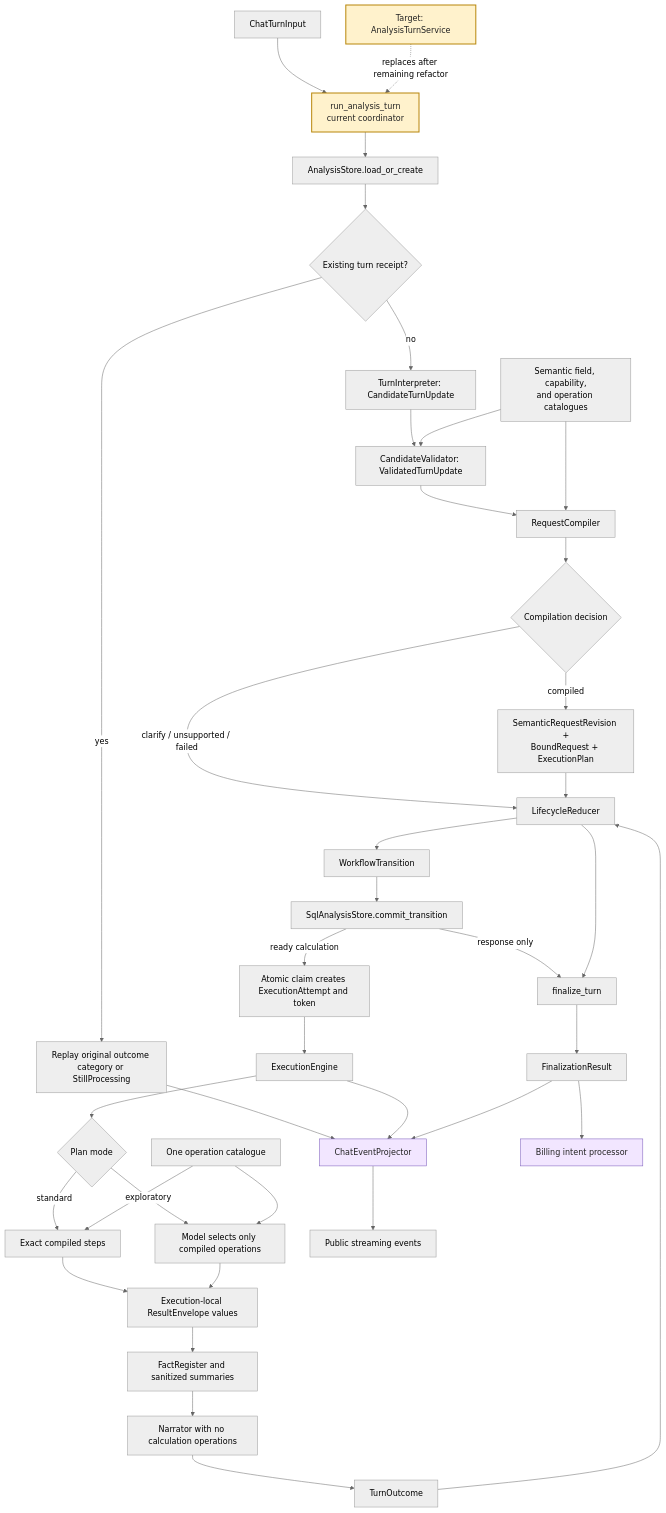
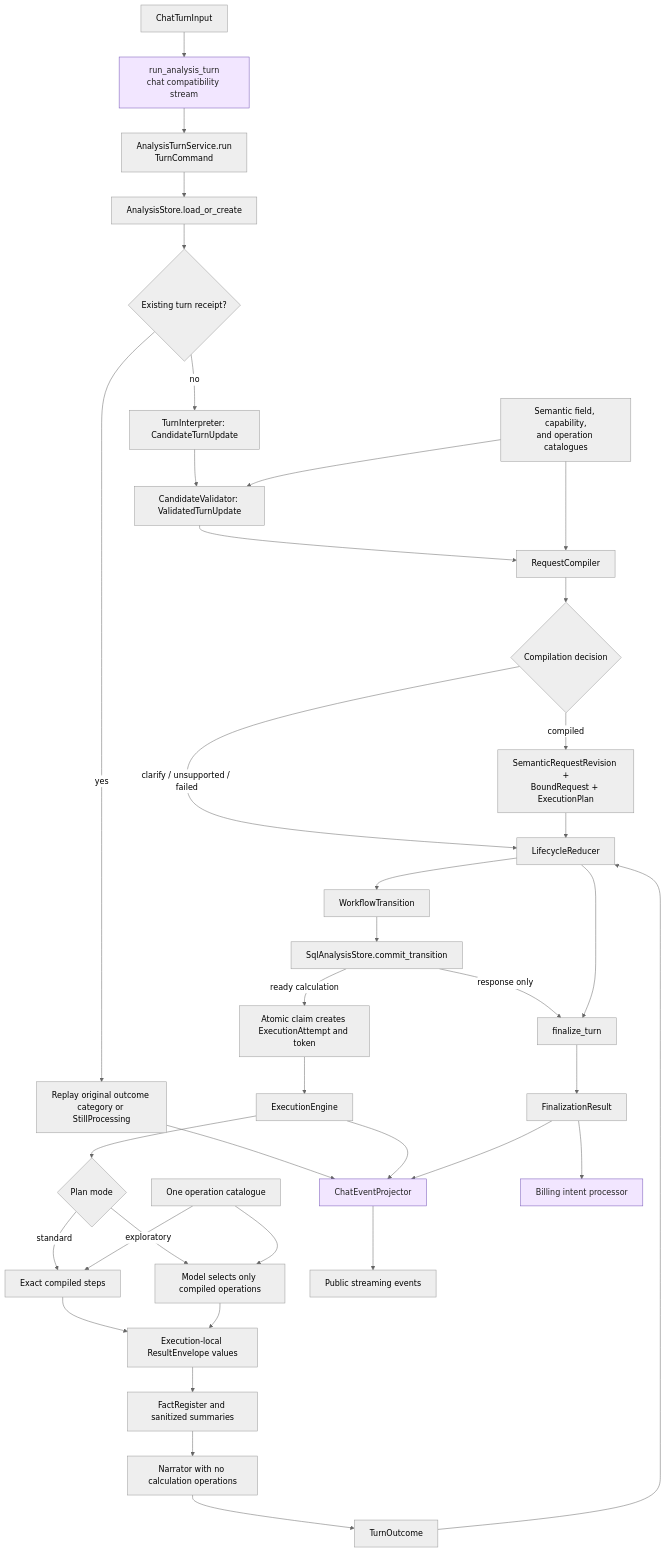
Before and after one commit to PolicyEngine/policyengine-uk-chat: the diagram in docs/engineering/skills/uk-chat-runtime.md, drawn with Mermaid (neutral theme). The commit also changed other lines of this file and 56 other files, not shown here.

````diff
--- a/docs/engineering/skills/uk-chat-runtime.md
+++ b/docs/engineering/skills/uk-chat-runtime.md
@@ -73,45 +70,43 @@
 ```mermaid
 flowchart TB
-    classDef transitional fill:#fff2cc,stroke:#b8860b,color:#222,stroke-width:2px
     classDef adapter fill:#f2e6ff,stroke:#7455b8,color:#222
 
-    Request["ChatTurnInput"] --> Coordinator["run_analysis_turn<br/>current coordinator"]:::transitional
-    Coordinator --> Load["AnalysisStore.load_or_create"]
+    Request["ChatTurnInput"] --> Adapter["run_analysis_turn<br/>chat compatibility stream"]:::adapter
+    Adapter --> Service["AnalysisTurnService.run<br/>TurnCommand"]
+    Service --> Load["AnalysisStore.load_or_create"]
     Load --> Receipt{"Existing turn receipt?"}
     Receipt -->|yes| Replay["Replay original outcome category or StillProcessing"]
     Receipt -->|no| Interpret["TurnInterpreter: CandidateTurnUpdate"]
     Interpret --> Validate["CandidateValidator: ValidatedTurnUpdate"]
     Validate --> RequestCompiler["RequestCompiler"]
     Registry["Semantic field, capability,<br/>and operation catalogues"] --> Validate
     Registry --> RequestCompiler
     RequestCompiler --> Decision{"Compilation decision"}
     Decision -->|clarify / unsupported / failed| Lifecycle["LifecycleReducer"]
     Decision -->|compiled| Plan["SemanticRequestRevision +<br/>BoundRequest + ExecutionPlan"]
     Plan --> Lifecycle
     Lifecycle --> Transition["WorkflowTransition"]
     Transition --> Commit["SqlAnalysisStore.commit_transition"]
     Commit -->|response only| Finalize["finalize_turn"]
     Commit -->|ready calculation| Claim["Atomic claim creates ExecutionAttempt and token"]
     Claim --> Engine["ExecutionEngine"]
     Engine --> Execute{"Plan mode"}
     Execute -->|standard| Standard["Exact compiled steps"]
     Execute -->|exploratory| Exploratory["Model selects only compiled operations"]
     Operations["One operation catalogue"] --> Standard
     Operations --> Exploratory
     Standard --> Results["Execution-local ResultEnvelope values"]
     Exploratory --> Results
     Results --> Facts["FactRegister and sanitized summaries"]
     Facts --> Narrate["Narrator with no calculation operations"]
     Narrate --> Outcome["TurnOutcome"]
     Outcome --> Lifecycle
     Lifecycle --> Finalize
     Finalize --> FinalResult["FinalizationResult"]
     Replay --> Projector["ChatEventProjector"]:::adapter
     Engine --> Projector
     FinalResult --> Projector
     Projector --> Public["Public streaming events"]
     FinalResult --> Billing["Billing intent processor"]:::adapter
 
-    Target["Target: AnalysisTurnService"]:::transitional
-    Target -. replaces after remaining refactor .-> Coordinator
 ```
````
